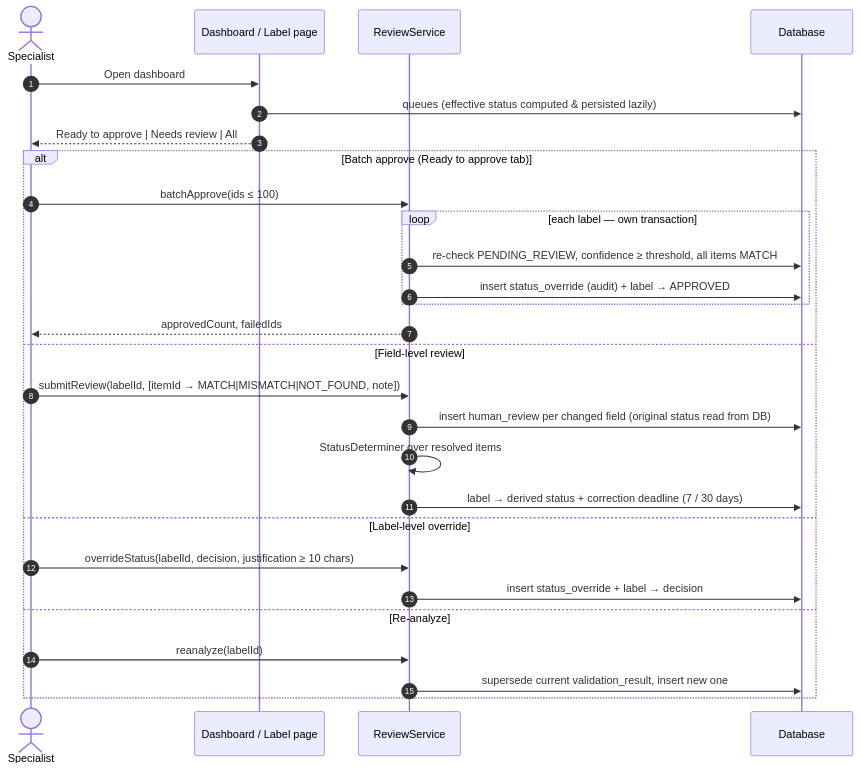
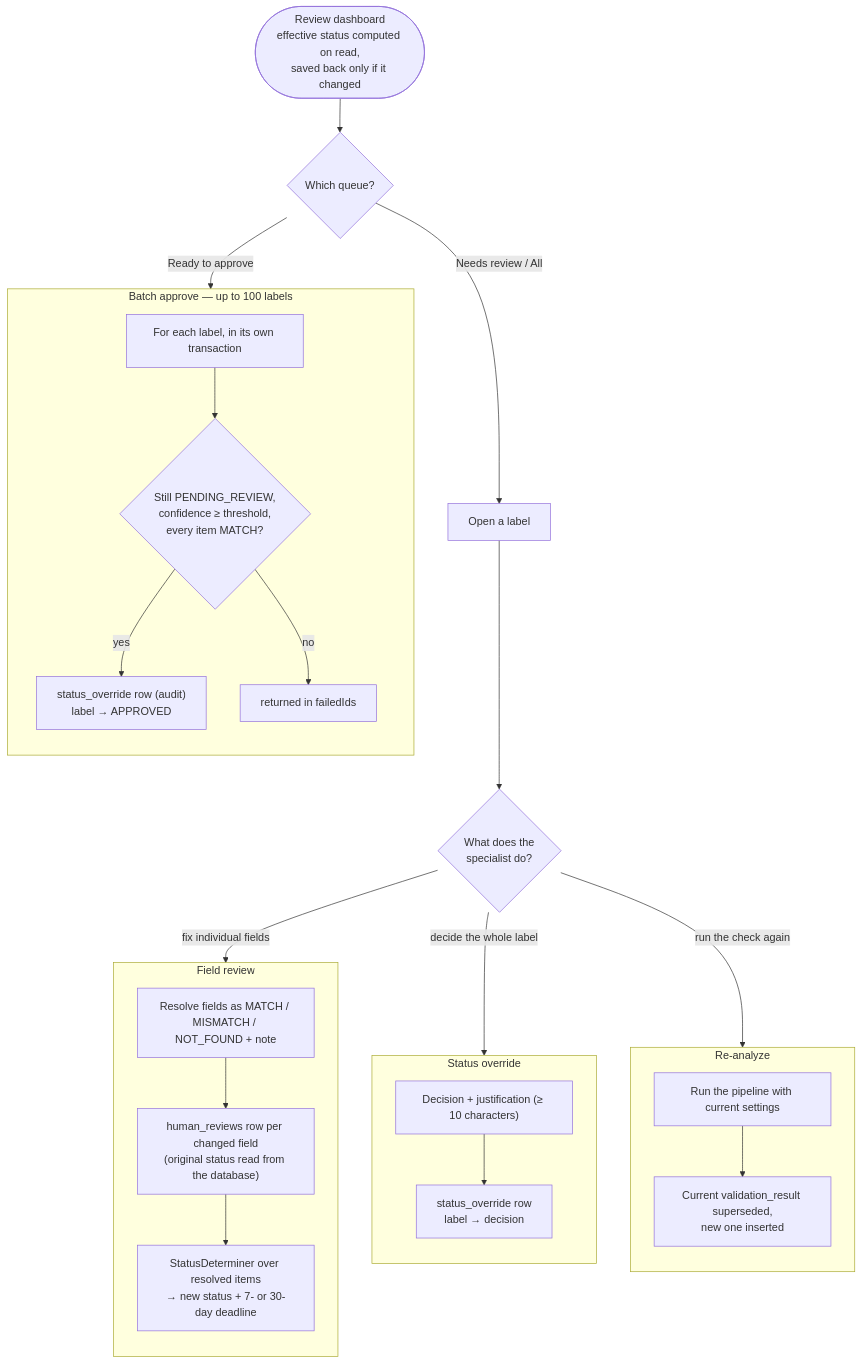
Before and after one commit to SarvariVin/ttb-label-verification: the diagram in docs/diagrams/04-review-sequence.mmd, drawn with Mermaid. The commit also changed 251 other files, not shown here.

```diff
--- a/docs/diagrams/04-review-sequence.mmd
+++ b/docs/diagrams/04-review-sequence.mmd
@@ -1,31 +1,32 @@
-%% Specialist review paths
-sequenceDiagram
-    autonumber
-    actor SP as Specialist
-    participant UI as Dashboard / Label page
-    participant R as ReviewService
-    participant DB as Database
+%% Specialist decisions — four paths from the dashboard, each audited
+flowchart TB
+    dash(["Review dashboard<br/>effective status computed on read,<br/>saved back only if it changed"]) --> tabs{"Which queue?"}
+    tabs -- "Ready to approve" --> ba
+    tabs -- "Needs review / All" --> open["Open a label"]
+    open --> how{"What does the<br/>specialist do?"}
+    how -- "fix individual fields" --> fr
+    how -- "decide the whole label" --> ov
+    how -- "run the check again" --> ra
 
-    SP->>UI: Open dashboard
-    UI->>DB: queues (effective status computed & persisted lazily)
-    UI-->>SP: Ready to approve | Needs review | All
+    subgraph ba["Batch approve — up to 100 labels"]
+        direction TB
+        ba1["For each label, in its own transaction"] --> ba2{"Still PENDING_REVIEW,<br/>confidence ≥ threshold,<br/>every item MATCH?"}
+        ba2 -- yes --> ba3["status_override row (audit)<br/>label → APPROVED"]
+        ba2 -- no --> ba4["returned in failedIds"]
+    end
 
-    alt Batch approve (Ready to approve tab)
-        SP->>R: batchApprove(ids ≤ 100)
-        loop each label — own transaction
-            R->>DB: re-check PENDING_REVIEW, confidence ≥ threshold, all items MATCH
-            R->>DB: insert status_override (audit) + label → APPROVED
-        end
-        R-->>SP: approvedCount, failedIds
-    else Field-level review
-        SP->>R: submitReview(labelId, [itemId → MATCH|MISMATCH|NOT_FOUND, note])
-        R->>DB: insert human_review per changed field (original status read from DB)
-        R->>R: StatusDeterminer over resolved items
-        R->>DB: label → derived status + correction deadline (7 / 30 days)
-    else Label-level override
-        SP->>R: overrideStatus(labelId, decision, justification ≥ 10 chars)
-        R->>DB: insert status_override + label → decision
-    else Re-analyze
-        SP->>R: reanalyze(labelId)
-        R->>DB: supersede current validation_result, insert new one
+    subgraph fr["Field review"]
+        direction TB
+        fr1["Resolve fields as MATCH / MISMATCH / NOT_FOUND + note"] --> fr2["human_reviews row per changed field<br/>(original status read from the database)"]
+        fr2 --> fr3["StatusDeterminer over resolved items<br/>→ new status + 7- or 30-day deadline"]
     end
+
+    subgraph ov["Status override"]
+        direction TB
+        ov1["Decision + justification (≥ 10 characters)"] --> ov2["status_override row<br/>label → decision"]
+    end
+
+    subgraph ra["Re-analyze"]
+        direction TB
+        ra1["Run the pipeline with current settings"] --> ra2["Current validation_result superseded,<br/>new one inserted"]
+    end
```
